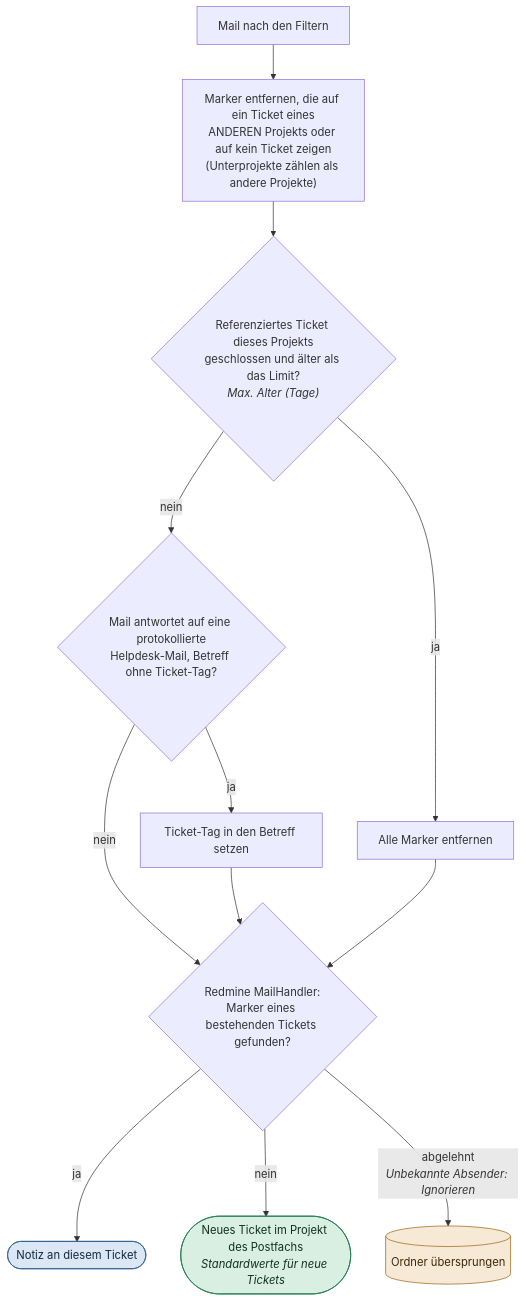
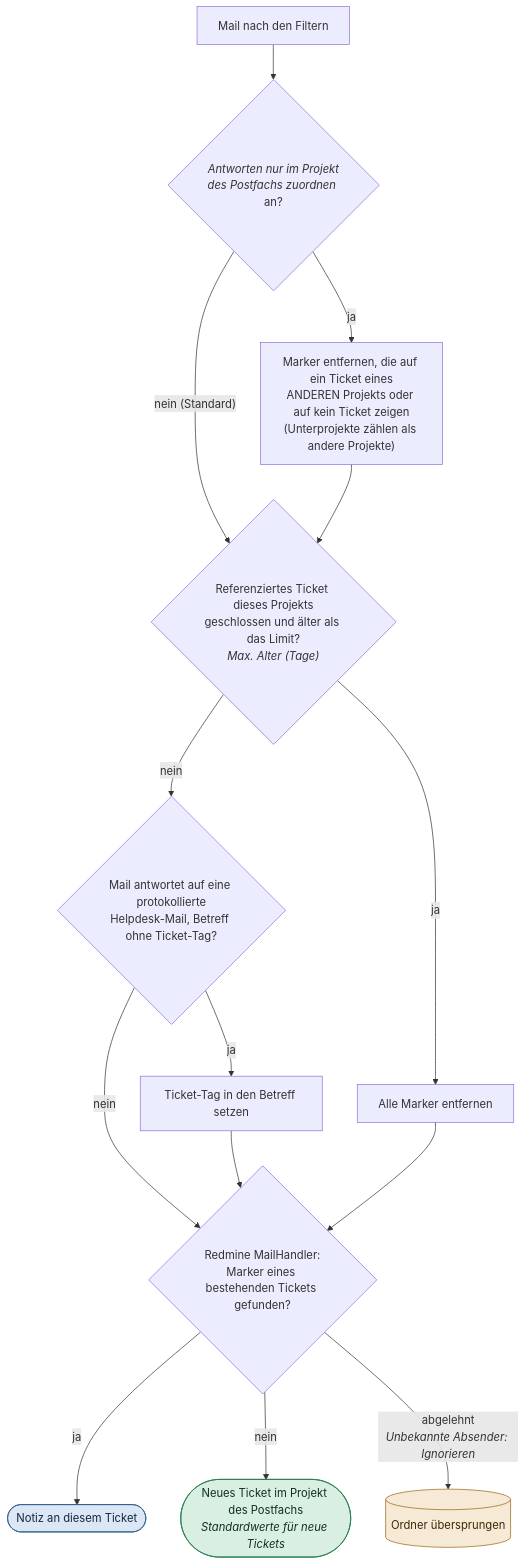
One commit to expertZentrale/redmine_expert_helpdesk changed the fifth of 9 diagrams in EMAIL_FLOW.de.md. Above: the diagram before and after it, drawn with Mermaid. The commit also changed other lines of this file and 15 other files, not shown here.

````diff
--- a/EMAIL_FLOW.de.md
+++ b/EMAIL_FLOW.de.md
@@ -138,17 +138,19 @@
 ```mermaid
 flowchart TD
-  IN["Mail nach den Filtern"] --> SC["Marker entfernen, die auf ein Ticket eines<br/>ANDEREN Projekts oder auf kein Ticket zeigen<br/>(Unterprojekte zählen als andere Projekte)"]
+  IN["Mail nach den Filtern"] --> SW{"<i>Antworten nur im Projekt<br/>des Postfachs zuordnen</i> an?"}
+  SW -- ja --> SC["Marker entfernen, die auf ein Ticket eines<br/>ANDEREN Projekts oder auf kein Ticket zeigen<br/>(Unterprojekte zählen als andere Projekte)"]
+  SW -- "nein (Standard)" --> AGE
   SC --> AGE{"Referenziertes Ticket dieses Projekts<br/>geschlossen und älter als das Limit?<br/><i>Max. Alter (Tage)</i>"}
   AGE -- ja --> STRIP["Alle Marker entfernen"]
   AGE -- nein --> TAG{"Mail antwortet auf eine protokollierte<br/>Helpdesk-Mail, Betreff ohne Ticket-Tag?"}
   TAG -- ja --> ADD["Ticket-Tag in den Betreff setzen"]
   TAG -- nein --> MH
   ADD --> MH
   STRIP --> MH{"Redmine MailHandler:<br/>Marker eines bestehenden Tickets gefunden?"}
   MH -- ja --> RE([Notiz an diesem Ticket]):::reply
   MH -- nein --> NEW(["Neues Ticket im Projekt des Postfachs<br/><i>Standardwerte für neue Tickets</i>"]):::new
   MH -- "abgelehnt<br/><i>Unbekannte Absender: Ignorieren</i>" --> S[(Ordner übersprungen)]:::skip
   classDef new fill:#d8efe1,stroke:#1f7a4d,color:#10301f
   classDef reply fill:#dbe7f5,stroke:#2f5d8a,color:#13283d
   classDef skip fill:#f6ead6,stroke:#9a6412,color:#3d2806
 ```
````
